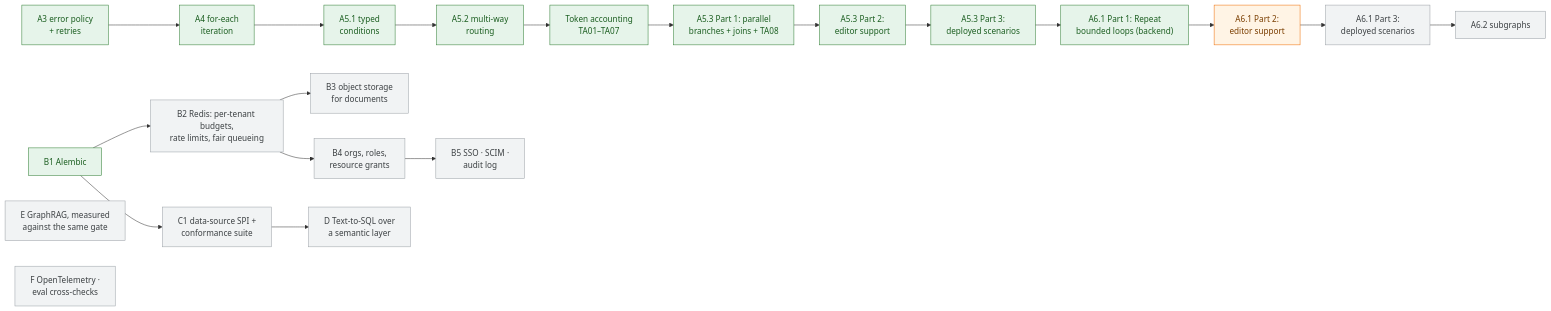
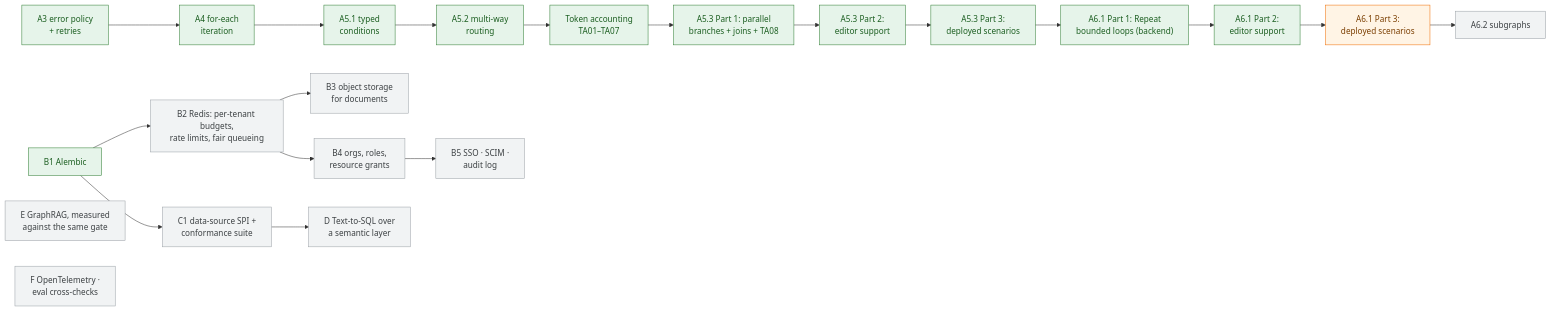
The seventh of 7 diagrams in README.md (SoumithReddy6/Enterprise-No-Code-Agentic-AI-Workflow-Platform), drawn with Mermaid before and after one commit. The commit also changed other lines of this file and 1 other file, not shown here.

Commit message:
Record the A6.1 Part 2 review-fix recheck; mark A6.1 Part 2 done and Part 3 next

````diff
--- a/README.md
+++ b/README.md
@@ -441,15 +441,15 @@
 ```mermaid
 flowchart LR
     classDef done fill:#e6f4ea,stroke:#2e7d32,color:#1b5e20
     classDef next fill:#fff4e5,stroke:#ef6c00,color:#7a3e00
     classDef later fill:#f1f3f4,stroke:#9aa0a6,color:#3c4043
 
     A3["A3 error policy<br/>+ retries"]:::done --> A4["A4 for-each<br/>iteration"]:::done --> A51["A5.1 typed<br/>conditions"]:::done
-    A51 --> A52["A5.2 multi-way<br/>routing"]:::done --> TA["Token accounting<br/>TA01–TA07"]:::done --> A53["A5.3 Part 1: parallel<br/>branches + joins + TA08"]:::done --> A53E["A5.3 Part 2:<br/>editor support"]:::done --> A53S["A5.3 Part 3:<br/>deployed scenarios"]:::done --> A61["A6.1 Part 1: Repeat<br/>bounded loops (backend)"]:::done --> A61E["A6.1 Part 2:<br/>editor support"]:::next --> A61S["A6.1 Part 3:<br/>deployed scenarios"]:::later --> A62["A6.2 subgraphs"]:::later
+    A51 --> A52["A5.2 multi-way<br/>routing"]:::done --> TA["Token accounting<br/>TA01–TA07"]:::done --> A53["A5.3 Part 1: parallel<br/>branches + joins + TA08"]:::done --> A53E["A5.3 Part 2:<br/>editor support"]:::done --> A53S["A5.3 Part 3:<br/>deployed scenarios"]:::done --> A61["A6.1 Part 1: Repeat<br/>bounded loops (backend)"]:::done --> A61E["A6.1 Part 2:<br/>editor support"]:::done --> A61S["A6.1 Part 3:<br/>deployed scenarios"]:::next --> A62["A6.2 subgraphs"]:::later
     B1["B1 Alembic"]:::done --> B2["B2 Redis: per-tenant budgets,<br/>rate limits, fair queueing"]:::later
     B2 --> B3["B3 object storage<br/>for documents"]:::later
     B2 --> B4["B4 orgs, roles,<br/>resource grants"]:::later --> B5["B5 SSO · SCIM ·<br/>audit log"]:::later
     B1 --> C1["C1 data-source SPI +<br/>conformance suite"]:::later --> D["D Text-to-SQL over<br/>a semantic layer"]:::later
     E["E GraphRAG, measured<br/>against the same gate"]:::later
     F["F OpenTelemetry ·<br/>eval cross-checks"]:::later
 ```
````
